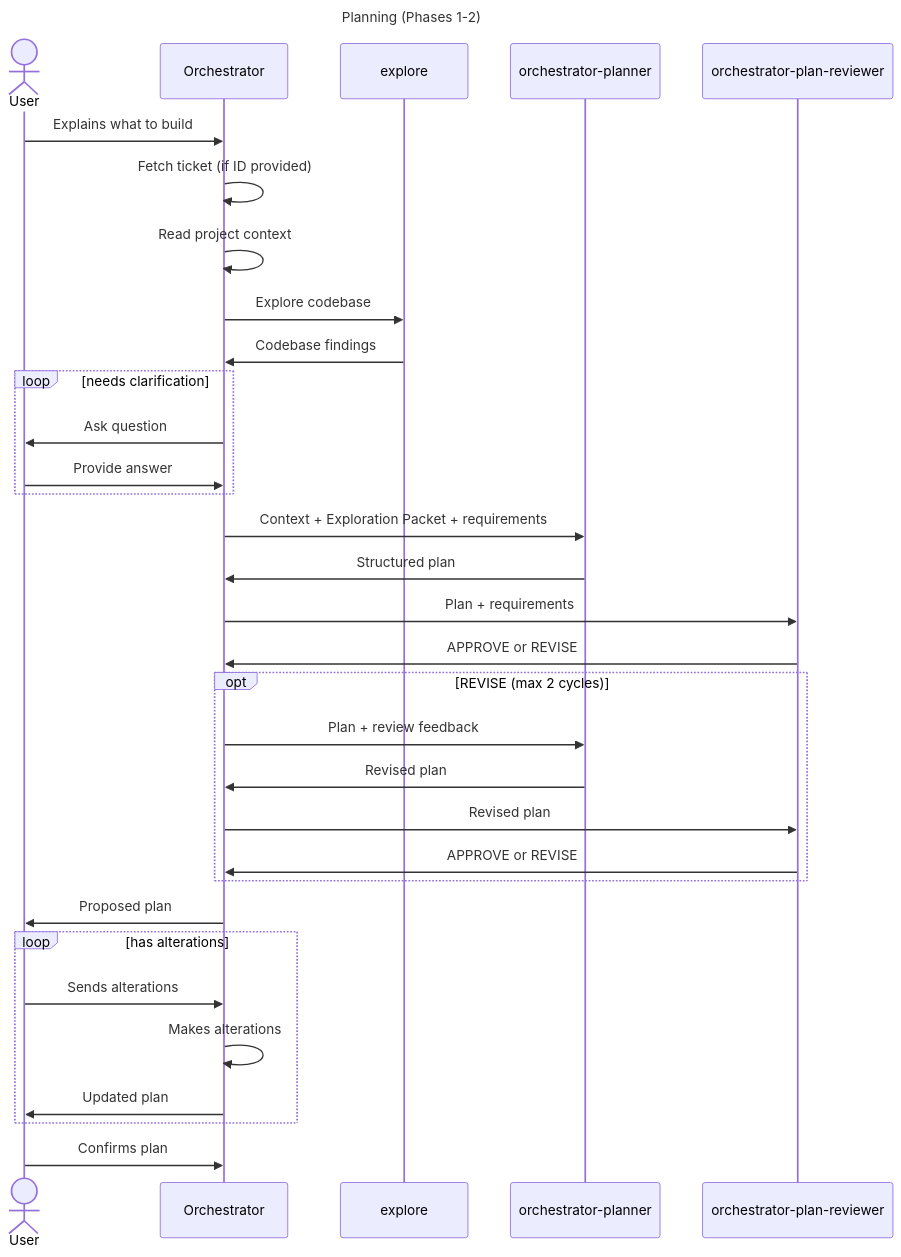
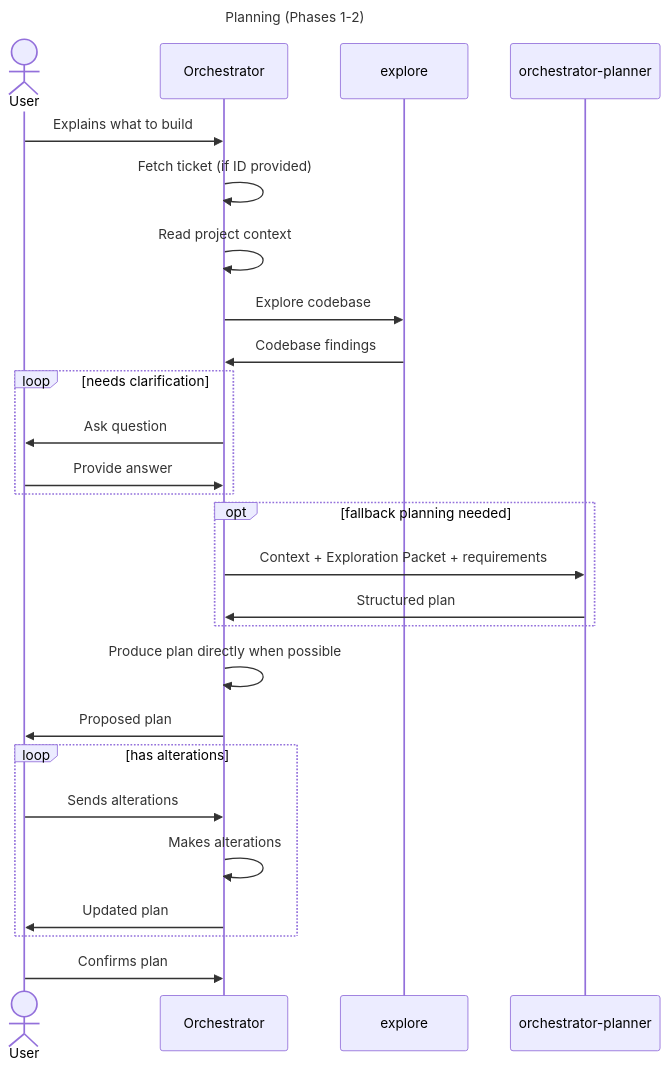
The first of 2 diagrams in agents/docs.md (mlawd/dotfiles), drawn with Mermaid before and after one commit. The commit also changed other lines of this file and 4 other files, not shown here.

````diff
--- a/agents/docs.md
+++ b/agents/docs.md
@@ -46,39 +45,33 @@
 ```mermaid
 ---
 title: Planning (Phases 1-2)
 ---
 
 sequenceDiagram
     actor u as User
     participant o as Orchestrator
     participant e as explore
     participant p as orchestrator-planner
-    participant r as orchestrator-plan-reviewer
 
     u ->> o: Explains what to build
     o ->> o: Fetch ticket (if ID provided)
     o ->> o: Read project context
     o ->> e: Explore codebase
     e ->> o: Codebase findings
     loop needs clarification
         o ->> u: Ask question
         u ->> o: Provide answer
     end
-    o ->> p: Context + Exploration Packet + requirements
-    p ->> o: Structured plan
-    o ->> r: Plan + requirements
-    r ->> o: APPROVE or REVISE
-    opt REVISE (max 2 cycles)
-        o ->> p: Plan + review feedback
-        p ->> o: Revised plan
-        o ->> r: Revised plan
-        r ->> o: APPROVE or REVISE
+    opt fallback planning needed
+        o ->> p: Context + Exploration Packet + requirements
+        p ->> o: Structured plan
     end
+    o ->> o: Produce plan directly when possible
     o ->> u: Proposed plan
     loop has alterations
         u ->> o: Sends alterations
         o ->> o: Makes alterations
         o ->> u: Updated plan
     end
     u ->> o: Confirms plan
 ```
````
